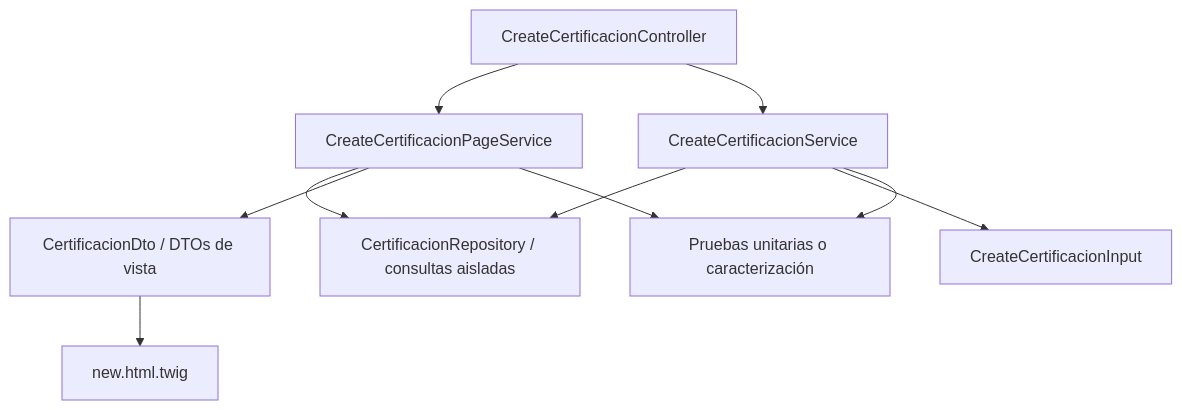
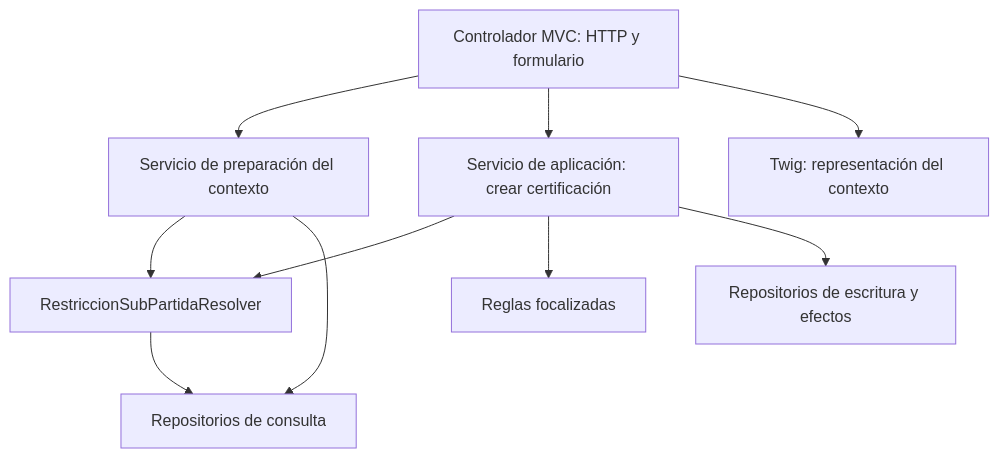
Before and after one commit to mariouriarte/kit-tesis-design-science: the second of 2 diagrams in tesis_ds/07c_diseno_artefacto.md, drawn with Mermaid. The commit also changed other lines of this file and 12 other files, not shown here.

````diff
--- a/tesis_ds/07c_diseno_artefacto.md
+++ b/tesis_ds/07c_diseno_artefacto.md
@@ -13,12 +79,12 @@
 ```mermaid
 flowchart TD
-    A[CreateCertificacionController] --> B[CreateCertificacionPageService]
-    A --> C[CreateCertificacionService]
-    B --> D[CertificacionRepository / consultas aisladas]
-    C --> D
-    C --> E[CreateCertificacionInput]
-    B --> F[CertificacionDto / DTOs de vista]
-    F --> G[new.html.twig]
-    C --> H[Pruebas unitarias o caracterización]
-    B --> H
+    C[Controlador MVC: HTTP y formulario] --> P[Servicio de preparación del contexto]
+    C --> A[Servicio de aplicación: crear certificación]
+    P --> R[RestriccionSubPartidaResolver]
+    A --> R
+    P --> Q[Repositorios de consulta]
+    A --> B[Reglas focalizadas]
+    A --> E[Repositorios de escritura y efectos]
+    R --> Q
+    C --> V[Twig: representación del contexto]
 ```
````
